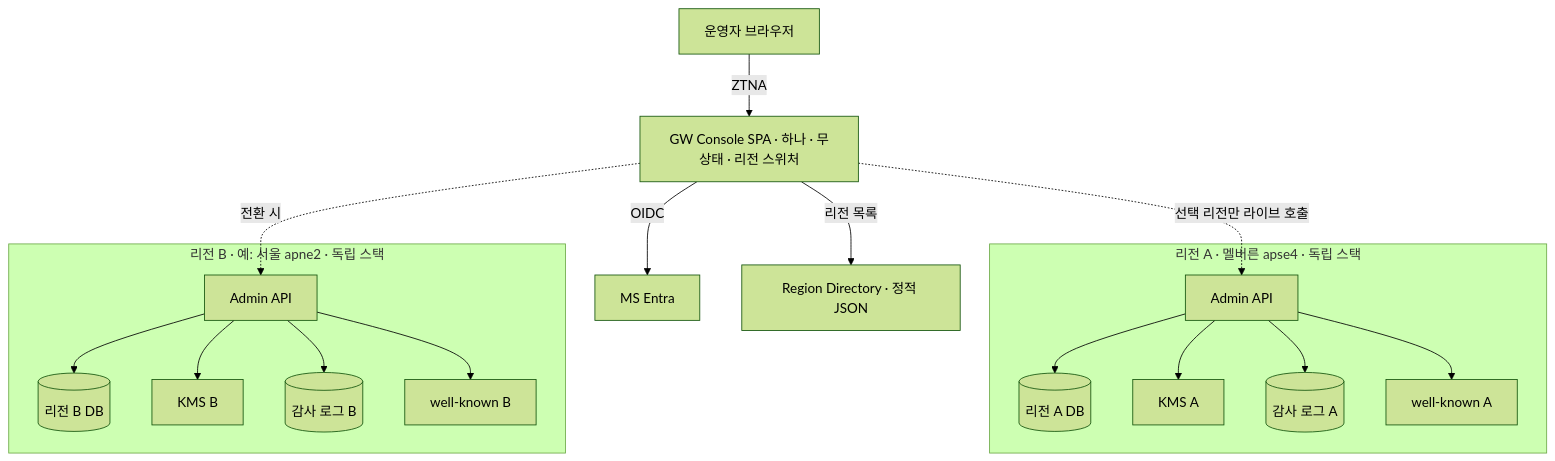
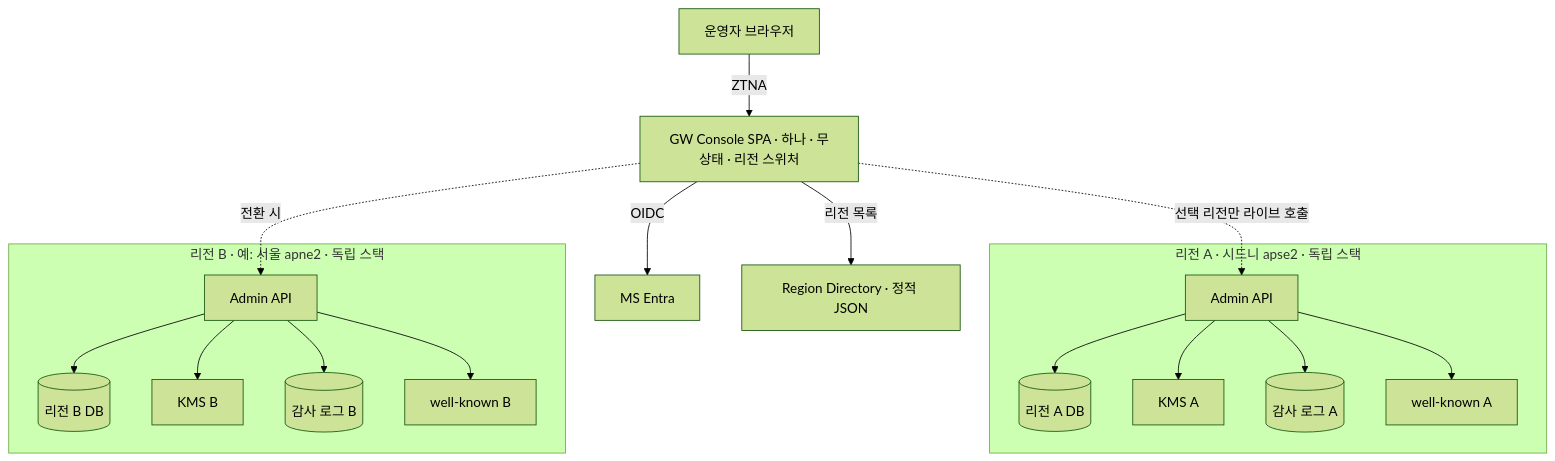
The second of 10 diagrams in docs/VT_API_Gateway/08.VT_API_Gateway/specs/03c-subsrs-gw-console/SRS.md (gracegyu/scp-architecture), drawn with Mermaid (forest theme) before and after one commit. The commit also changed other lines of this file, not shown here.

````diff
--- a/docs/VT_API_Gateway/08.VT_API_Gateway/specs/03c-subsrs-gw-console/SRS.md
+++ b/docs/VT_API_Gateway/08.VT_API_Gateway/specs/03c-subsrs-gw-console/SRS.md
@@ -143,20 +143,20 @@
 ```mermaid
 flowchart TB
   OP["운영자 브라우저"] -->|"ZTNA"| C["GW Console SPA · 하나 · 무상태 · 리전 스위처"]
   C -->|"OIDC"| E["MS Entra"]
   C -->|"리전 목록"| RD["Region Directory · 정적 JSON"]
   C -. "선택 리전만 라이브 호출" .-> A1
   C -. "전환 시" .-> A2
-  subgraph R1["리전 A · 멜버른 apse4 · 독립 스택"]
+  subgraph R1["리전 A · 시드니 apse2 · 독립 스택"]
     A1["Admin API"] --> DB1[("리전 A DB")]
     A1 --> K1["KMS A"]
     A1 --> AUD1[("감사 로그 A")]
     A1 --> WK1["well-known A"]
   end
   subgraph R2["리전 B · 예: 서울 apne2 · 독립 스택"]
     A2["Admin API"] --> DB2[("리전 B DB")]
     A2 --> K2["KMS B"]
     A2 --> AUD2[("감사 로그 B")]
     A2 --> WK2["well-known B"]
   end
 ```
````
